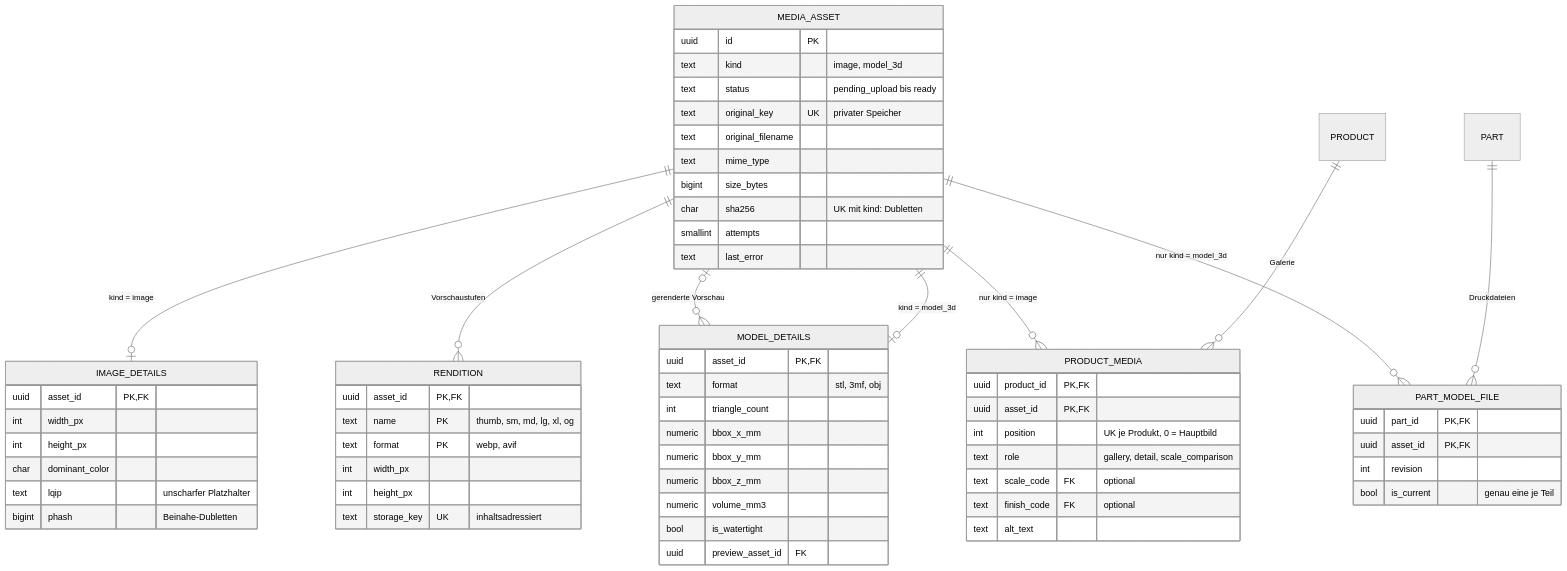
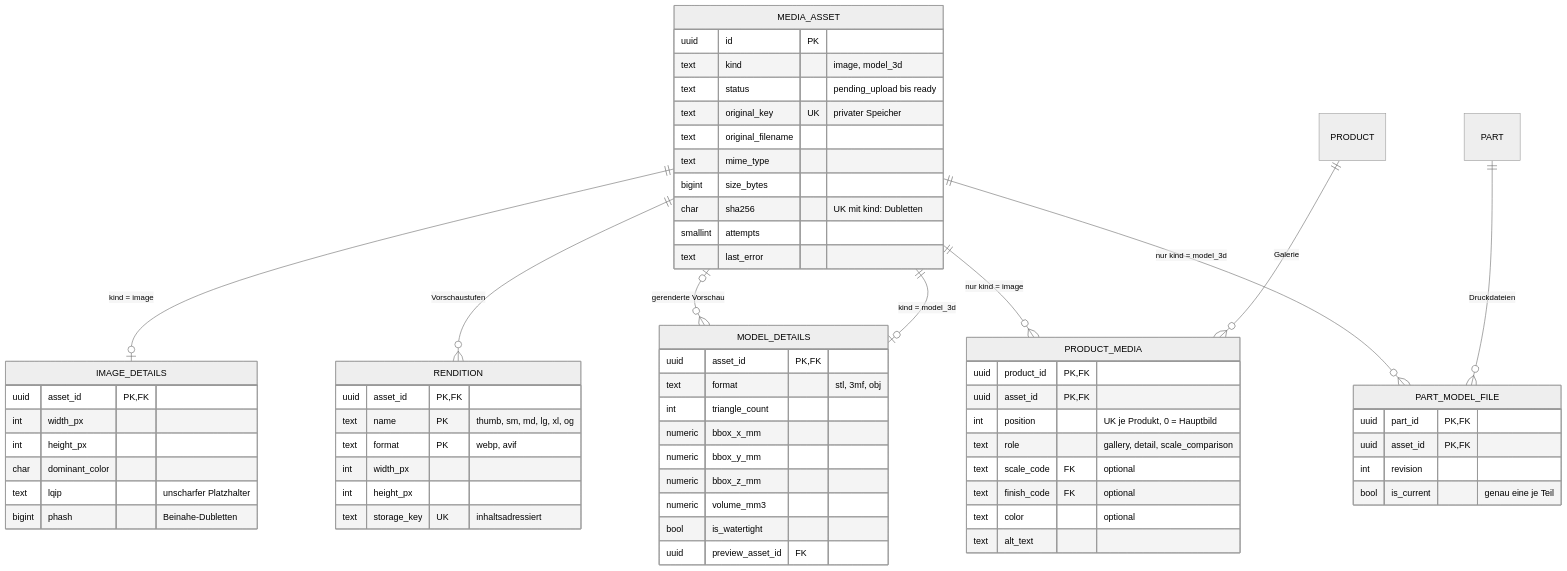
The fourth of 8 diagrams in docs/KONZEPT.md (nelebolsewig-droid/modellbahn-shop), drawn with Mermaid (neutral theme) before and after one commit. The commit also changed other lines of this file and 73 other files, not shown here.

````diff
--- a/docs/KONZEPT.md
+++ b/docs/KONZEPT.md
@@ -488,66 +491,67 @@
 ```mermaid
 erDiagram
     MEDIA_ASSET ||--o| IMAGE_DETAILS : "kind = image"
     MEDIA_ASSET ||--o{ RENDITION : "Vorschaustufen"
     MEDIA_ASSET ||--o| MODEL_DETAILS : "kind = model_3d"
     MODEL_DETAILS }o--o| MEDIA_ASSET : "gerenderte Vorschau"
     PRODUCT ||--o{ PRODUCT_MEDIA : "Galerie"
     MEDIA_ASSET ||--o{ PRODUCT_MEDIA : "nur kind = image"
     PART ||--o{ PART_MODEL_FILE : "Druckdateien"
     MEDIA_ASSET ||--o{ PART_MODEL_FILE : "nur kind = model_3d"
 
     MEDIA_ASSET {
         uuid id PK
         text kind "image, model_3d"
         text status "pending_upload bis ready"
         text original_key UK "privater Speicher"
         text original_filename
         text mime_type
         bigint size_bytes
         char sha256 "UK mit kind: Dubletten"
         smallint attempts
         text last_error
     }
     IMAGE_DETAILS {
         uuid asset_id PK, FK
         int width_px
         int height_px
         char dominant_color
         text lqip "unscharfer Platzhalter"
         bigint phash "Beinahe-Dubletten"
     }
     RENDITION {
         uuid asset_id PK, FK
         text name PK "thumb, sm, md, lg, xl, og"
         text format PK "webp, avif"
         int width_px
         int height_px
         text storage_key UK "inhaltsadressiert"
     }
     MODEL_DETAILS {
         uuid asset_id PK, FK
         text format "stl, 3mf, obj"
         int triangle_count
         numeric bbox_x_mm
         numeric bbox_y_mm
         numeric bbox_z_mm
         numeric volume_mm3
         bool is_watertight
         uuid preview_asset_id FK
     }
     PRODUCT_MEDIA {
         uuid product_id PK, FK
         uuid asset_id PK, FK
         int position "UK je Produkt, 0 = Hauptbild"
         text role "gallery, detail, scale_comparison"
         text scale_code FK "optional"
         text finish_code FK "optional"
+        text color "optional"
         text alt_text
     }
     PART_MODEL_FILE {
         uuid part_id PK, FK
         uuid asset_id PK, FK
         int revision
         bool is_current "genau eine je Teil"
     }
 ```
````
